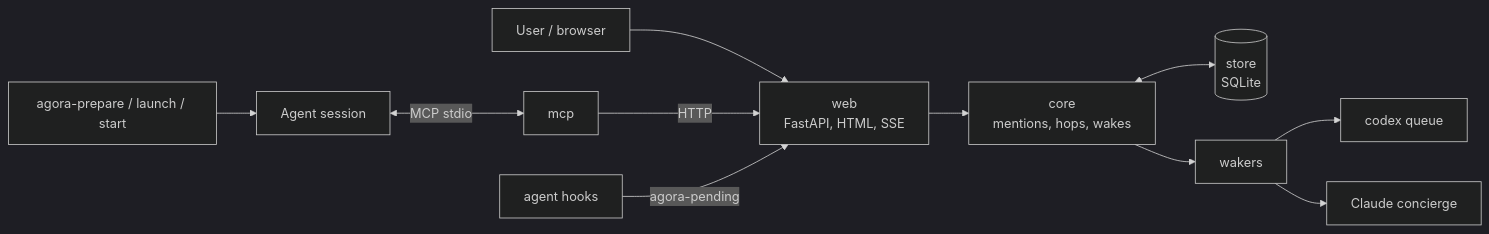
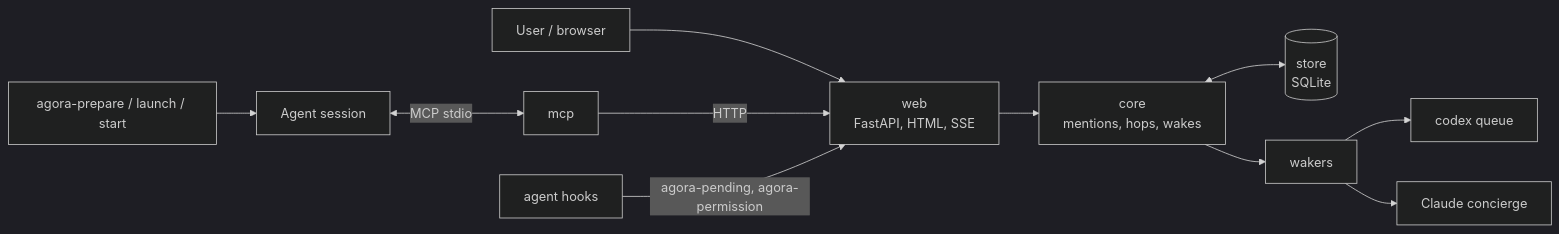
Before and after one commit to rlopc/agora: the first of 2 diagrams in docs/specification.md, drawn with Mermaid (dark theme). The commit also changed other lines of this file and 9 other files, not shown here.

Commit message:
Notify the room when an agent waits for permission

````diff
--- a/docs/specification.md
+++ b/docs/specification.md
@@ -21,13 +21,13 @@
 ```mermaid
 flowchart LR
   U[User / browser] --> W[web\nFastAPI, HTML, SSE]
   A[Agent session] <-->|MCP stdio| M[mcp]
   M -->|HTTP| W
   W --> C[core\nmentions, hops, wakes]
   C <--> D[(store\nSQLite)]
   C --> K[wakers]
   K --> CQ[codex queue]
   K --> CC[Claude concierge]
-  H[agent hooks] -->|agora-pending| W
+  H[agent hooks] -->|agora-pending, agora-permission| W
   G[agora-prepare / launch / start] --> A
 ```
````
